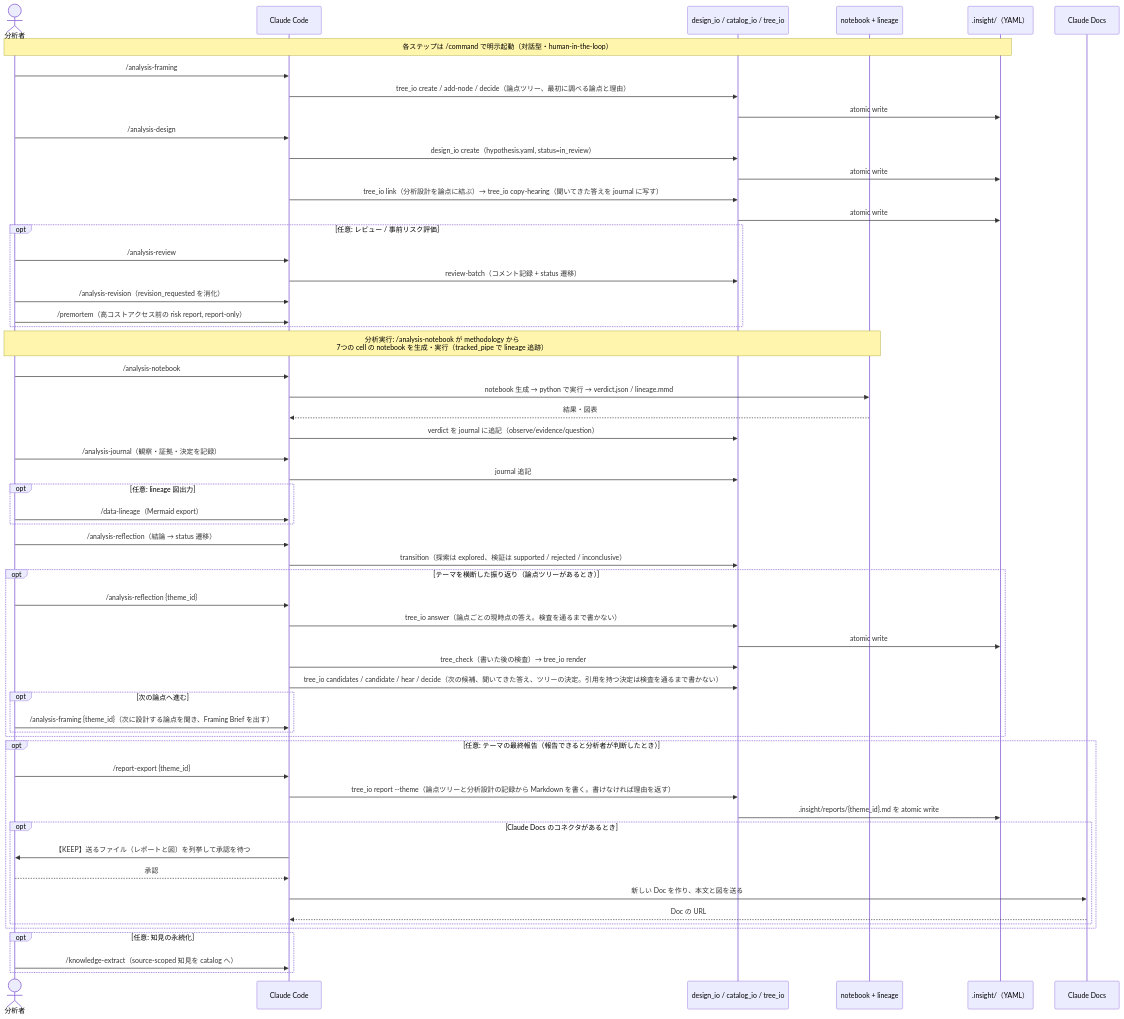
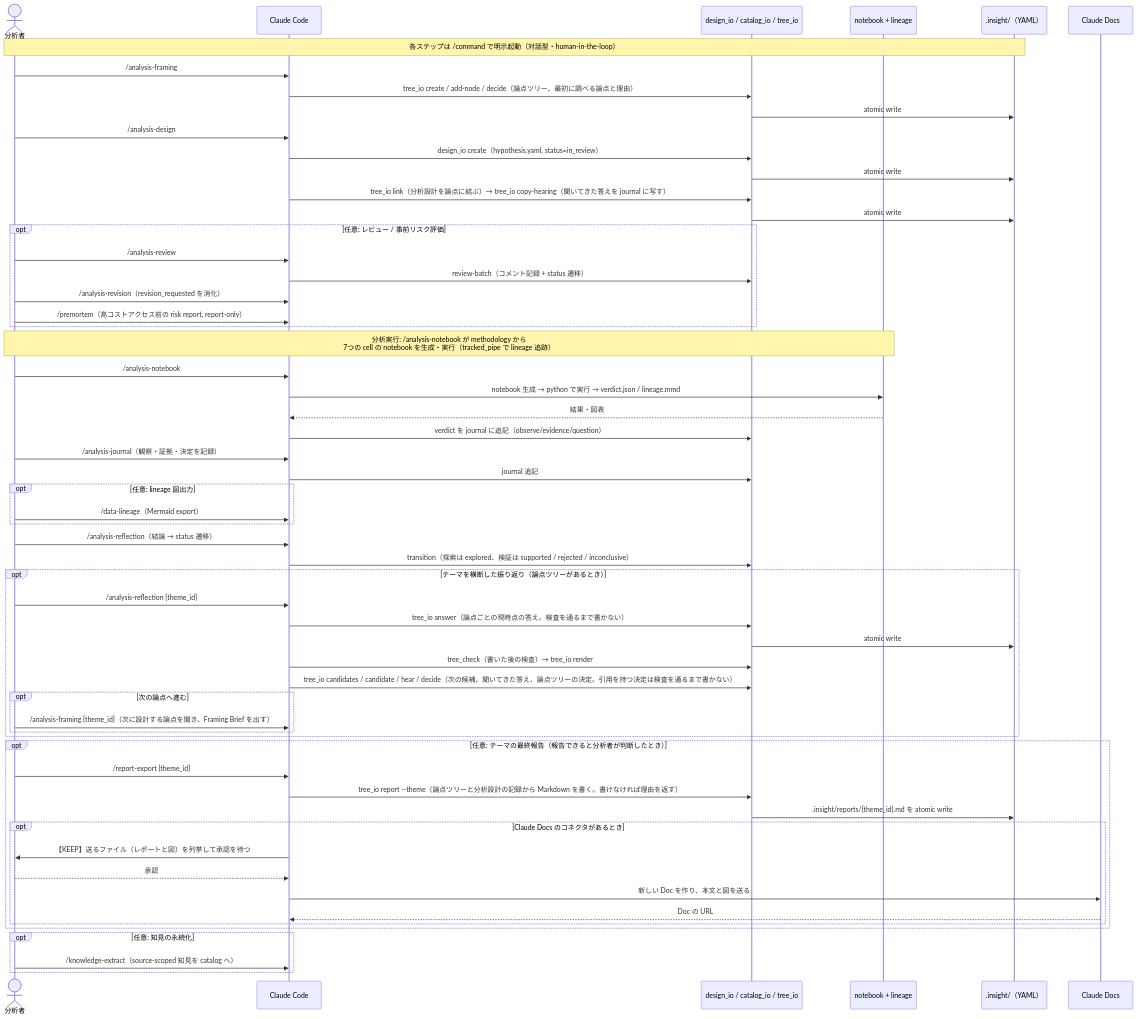
The fourth of 6 diagrams in docs/ARCHITECTURE.md (etoyama/insight-blueprint-skills), drawn with Mermaid before and after one commit. The commit also changed other lines of this file and 98 other files, not shown here.

````diff
--- a/docs/ARCHITECTURE.md
+++ b/docs/ARCHITECTURE.md
@@ -276,64 +277,64 @@
 ```mermaid
 sequenceDiagram
     actor U as 分析者
     participant CC as Claude Code
     participant IO as design_io / catalog_io / tree_io
     participant MO as notebook + lineage
     participant FS as .insight/（YAML）
     participant DC as Claude Docs
 
     Note over U,FS: 各ステップは /command で明示起動（対話型・human-in-the-loop）
     U->>CC: /analysis-framing
     CC->>IO: tree_io create / add-node / decide（論点ツリー、最初に調べる論点と理由）
     IO->>FS: atomic write
     U->>CC: /analysis-design
     CC->>IO: design_io create（hypothesis.yaml, status=in_review）
     IO->>FS: atomic write
     CC->>IO: tree_io link（分析設計を論点に結ぶ）→ tree_io copy-hearing（聞いてきた答えを journal に写す）
     IO->>FS: atomic write
 
     opt 任意: レビュー / 事前リスク評価
         U->>CC: /analysis-review
         CC->>IO: review-batch（コメント記録 + status 遷移）
         U->>CC: /analysis-revision（revision_requested を消化）
         U->>CC: /premortem（高コストアクセス前の risk report, report-only）
     end
 
     Note over U,MO: 分析実行: /analysis-notebook が methodology から<br/>7つの cell の notebook を生成・実行（tracked_pipe で lineage 追跡）
     U->>CC: /analysis-notebook
     CC->>MO: notebook 生成 → python で実行 → verdict.json / lineage.mmd
     MO-->>CC: 結果・図表
     CC->>IO: verdict を journal に追記（observe/evidence/question）
 
     U->>CC: /analysis-journal（観察・証拠・決定を記録）
     CC->>IO: journal 追記
     opt 任意: lineage 図出力
         U->>CC: /data-lineage（Mermaid export）
     end
     U->>CC: /analysis-reflection（結論 → status 遷移）
     CC->>IO: transition（探索は explored、検証は supported / rejected / inconclusive）
     opt テーマを横断した振り返り（論点ツリーがあるとき）
         U->>CC: /analysis-reflection {theme_id}
         CC->>IO: tree_io answer（論点ごとの現時点の答え。検査を通るまで書かない）
         IO->>FS: atomic write
         CC->>IO: tree_check（書いた後の検査）→ tree_io render
-        CC->>IO: tree_io candidates / candidate / hear / decide（次の候補、聞いてきた答え、ツリーの決定。引用を持つ決定は検査を通るまで書かない）
+        CC->>IO: tree_io candidates / candidate / hear / decide（次の候補、聞いてきた答え、論点ツリーの決定。引用を持つ決定は検査を通るまで書かない）
         opt 次の論点へ進む
             U->>CC: /analysis-framing {theme_id}（次に設計する論点を聞き、Framing Brief を出す）
         end
     end
     opt 任意: テーマの最終報告（報告できると分析者が判断したとき）
         U->>CC: /report-export {theme_id}
         CC->>IO: tree_io report --theme（論点ツリーと分析設計の記録から Markdown を書く。書けなければ理由を返す）
         IO->>FS: .insight/reports/{theme_id}.md を atomic write
         opt Claude Docs のコネクタがあるとき
             CC->>U: 【KEEP】送るファイル（レポートと図）を列挙して承認を待つ
             U-->>CC: 承認
             CC->>DC: 新しい Doc を作り、本文と図を送る
             DC-->>CC: Doc の URL
         end
     end
     opt 任意: 知見の永続化
         U->>CC: /knowledge-extract（source-scoped 知見を catalog へ）
     end
 ```
````
